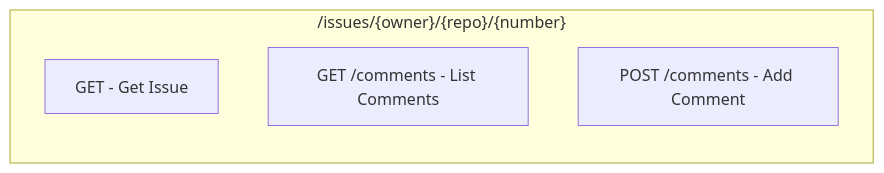
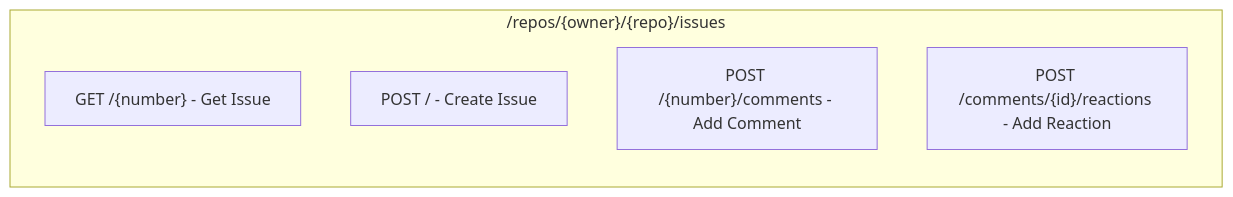
One commit to rom-orlovich/groote-ai changed the third of 8 diagrams in api-services/github-api/docs/ARCHITECTURE.md. Above: the diagram before and after it, drawn with Mermaid. The commit also changed other lines of this file and 99 other files, not shown here.

Commit message:
feat: Add comprehensive documentation for service features, architecture, and flows, and introduce a Claude skill for documentation synchronization.

````diff
--- a/api-services/github-api/docs/ARCHITECTURE.md
+++ b/api-services/github-api/docs/ARCHITECTURE.md
@@ -85,8 +85,9 @@
 ```mermaid
 graph LR
-    subgraph Issues["/issues/{owner}/{repo}/{number}"]
-        I1["GET - Get Issue"]
-        I2["GET /comments - List Comments"]
-        I3["POST /comments - Add Comment"]
+    subgraph Issues["/repos/{owner}/{repo}/issues"]
+        I1["GET /{number} - Get Issue"]
+        I2["POST / - Create Issue"]
+        I3["POST /{number}/comments - Add Comment"]
+        I4["POST /comments/{id}/reactions - Add Reaction"]
     end
 ```
````
